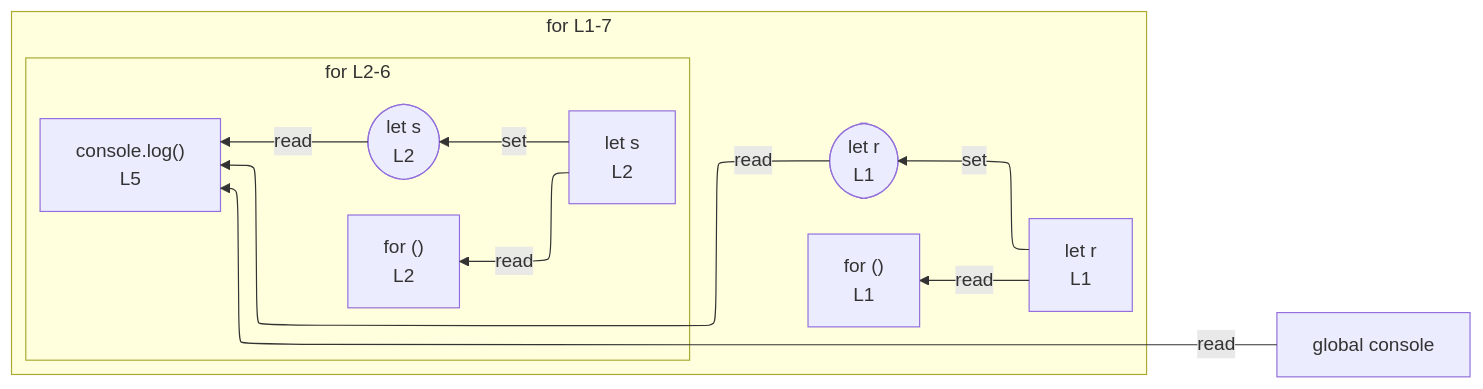
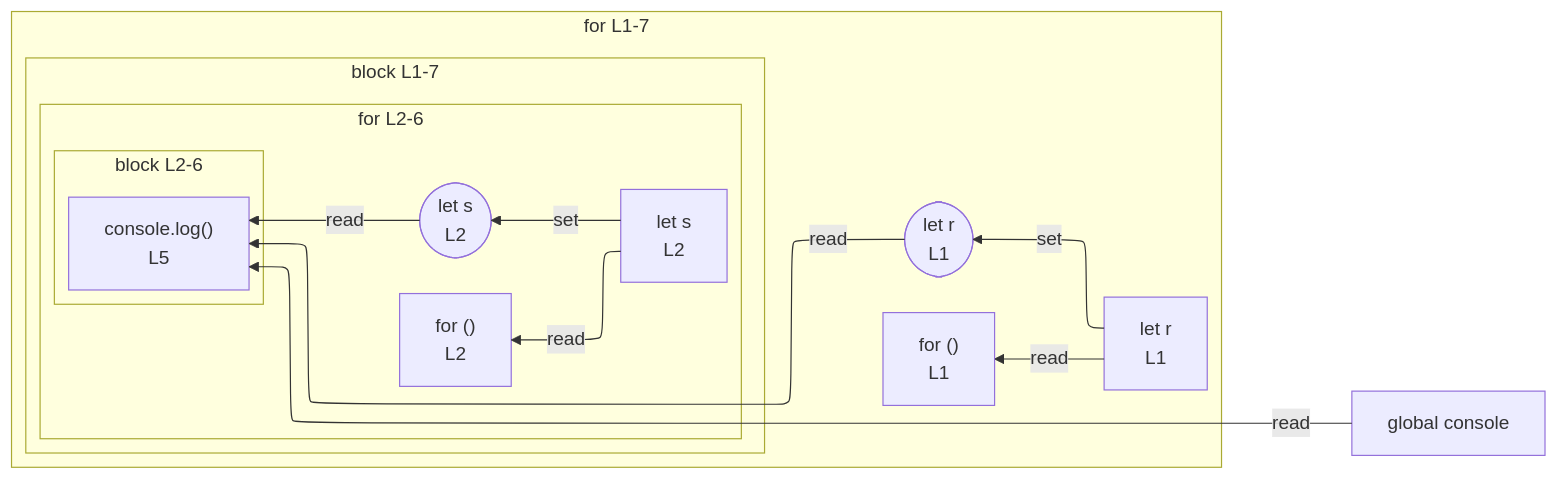
The diagram in integration/fixtures/iteration-statement/classic-for/labeled-break-continue/preview.md (crescware/unsnarl), drawn with Mermaid before and after one commit. The commit also changed 106 other files, not shown here.

````diff
--- a/integration/fixtures/iteration-statement/classic-for/labeled-break-continue/preview.md
+++ b/integration/fixtures/iteration-statement/classic-for/labeled-break-continue/preview.md
@@ -17,25 +17,31 @@
 ```mermaid
 %%{init: {"flowchart": {"defaultRenderer": "elk"}}}%%
 flowchart RL
   n_scope_0_console_151["global console"]
   subgraph s_scope_1["for L1-7"]
     direction RL
     for_test_scope_0_12["for ()<br/>L1"]
     n_scope_1_r_21["let r<br/>L1"]
     wr_ref_2(["let r<br/>L1"])
-    subgraph s_scope_3["for L2-6"]
+    subgraph s_scope_2["block L1-7"]
       direction RL
-      for_test_scope_2_44["for ()<br/>L2"]
-      n_scope_3_s_53["let s<br/>L2"]
-      wr_ref_5(["let s<br/>L2"])
-      expr_stmt_151["console.log()<br/>L5"]
+      subgraph s_scope_3["for L2-6"]
+        direction RL
+        for_test_scope_2_44["for ()<br/>L2"]
+        n_scope_3_s_53["let s<br/>L2"]
+        wr_ref_5(["let s<br/>L2"])
+        subgraph s_scope_4["block L2-6"]
+          direction RL
+          expr_stmt_151["console.log()<br/>L5"]
+        end
+      end
     end
   end
   n_scope_1_r_21 -->|set| wr_ref_2
   n_scope_3_s_53 -->|set| wr_ref_5
   n_scope_1_r_21 -->|read| for_test_scope_0_12
   n_scope_3_s_53 -->|read| for_test_scope_2_44
   n_scope_0_console_151 -->|read| expr_stmt_151
   wr_ref_2 -->|read| expr_stmt_151
   wr_ref_5 -->|read| expr_stmt_151
 ```
````
